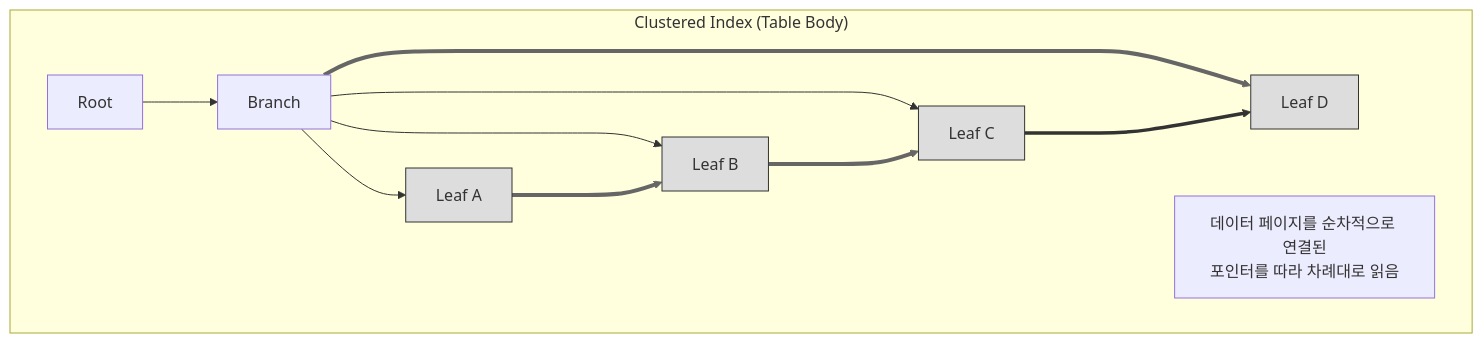
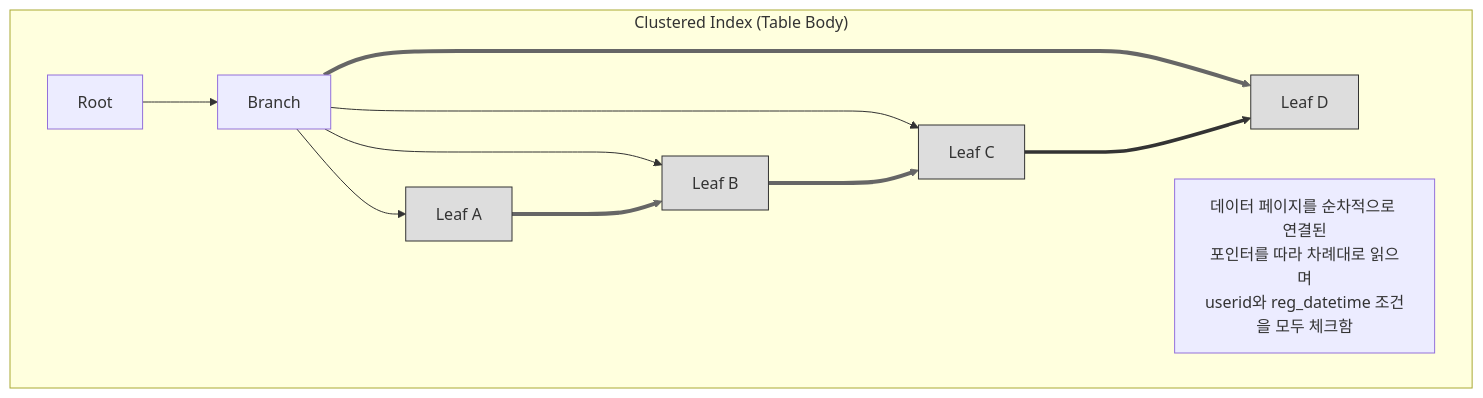
The first of 4 diagrams in troubleshooting/payletter_index_optimization.md (muzzaiwork/candidate), drawn with Mermaid before and after one commit. The commit also changed other lines of this file, not shown here.

````diff
--- a/troubleshooting/payletter_index_optimization.md
+++ b/troubleshooting/payletter_index_optimization.md
@@ -45,19 +47,19 @@
 ```mermaid
 graph TD
     subgraph "Clustered Index (Table Body)"
         Root1["Root"] --> B1["Branch"]
         B1 --> L1["Leaf A"]
         B1 --> L2["Leaf B"]
         B1 --> L3["Leaf C"]
         B1 --> L4["Leaf D"]
         
         L1 ===> L2 ===> L3 ===> L4
-        note1["데이터 페이지를 순차적으로 연결된<br/>포인터를 따라 차례대로 읽음"]
+        note1["데이터 페이지를 순차적으로 연결된<br/>포인터를 따라 차례대로 읽으며<br/>userid와 reg_datetime 조건을 모두 체크함"]
     end
     
     style L1 fill:#ddd,stroke:#333
     style L2 fill:#ddd,stroke:#333
     style L3 fill:#ddd,stroke:#333
     style L4 fill:#ddd,stroke:#333
     linkStyle 4,5,6 stroke:#666,stroke-width:4px
 ```
````
